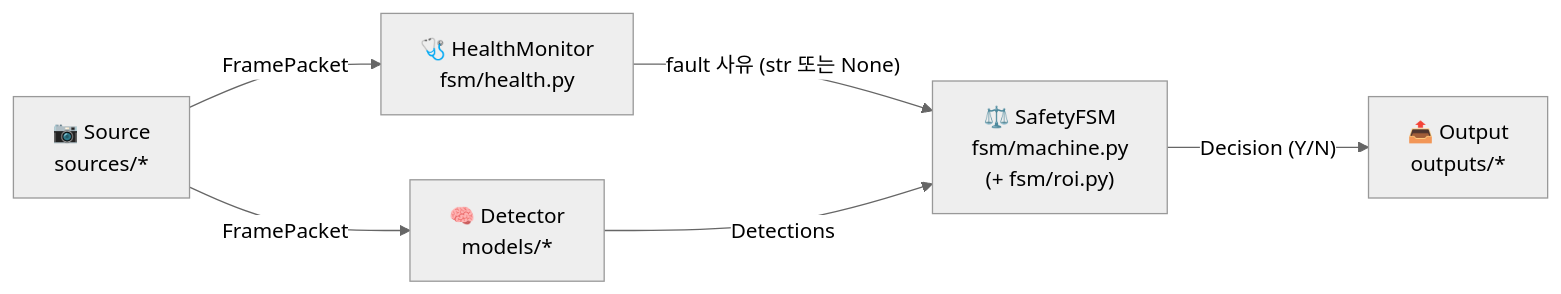
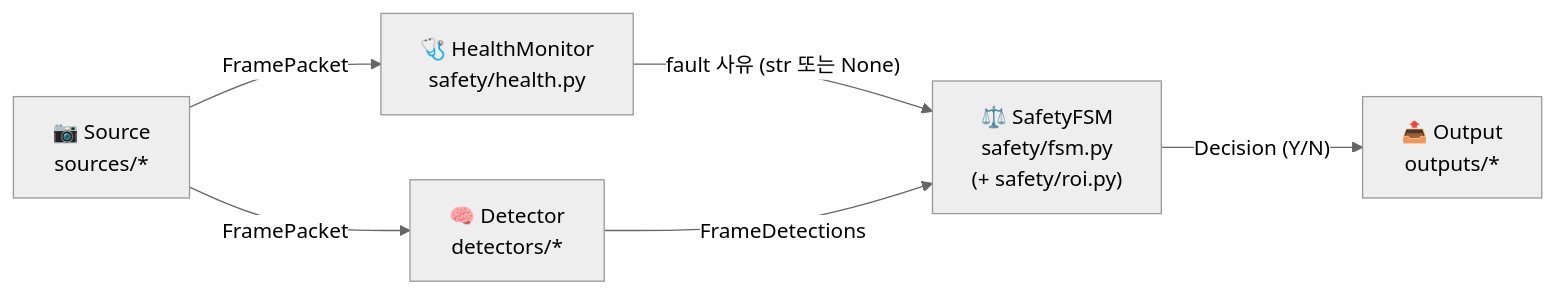
The first of 7 diagrams in docs/CODE_GUIDE.md (largeblueberry/MockOndeviceProject), drawn with Mermaid (neutral theme) before and after one commit. The commit also changed other lines of this file and 38 other files, not shown here.

````diff
--- a/docs/CODE_GUIDE.md
+++ b/docs/CODE_GUIDE.md
@@ -26,14 +28,14 @@
 ```mermaid
 flowchart LR
     SRC["📷 Source<br/>sources/*"]
-    HM["🩺 HealthMonitor<br/>fsm/health.py"]
-    DET["🧠 Detector<br/>models/*"]
-    FSM["⚖️ SafetyFSM<br/>fsm/machine.py<br/>(+ fsm/roi.py)"]
+    HM["🩺 HealthMonitor<br/>safety/health.py"]
+    DET["🧠 Detector<br/>detectors/*"]
+    FSM["⚖️ SafetyFSM<br/>safety/fsm.py<br/>(+ safety/roi.py)"]
     OUT["📤 Output<br/>outputs/*"]
 
     SRC -- "FramePacket" --> HM
     SRC -- "FramePacket" --> DET
     HM -- "fault 사유 (str 또는 None)" --> FSM
-    DET -- "Detections" --> FSM
+    DET -- "FrameDetections" --> FSM
     FSM -- "Decision (Y/N)" --> OUT
 ```
````
